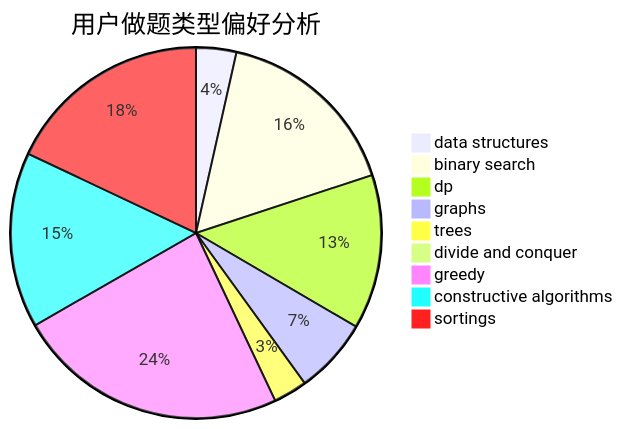
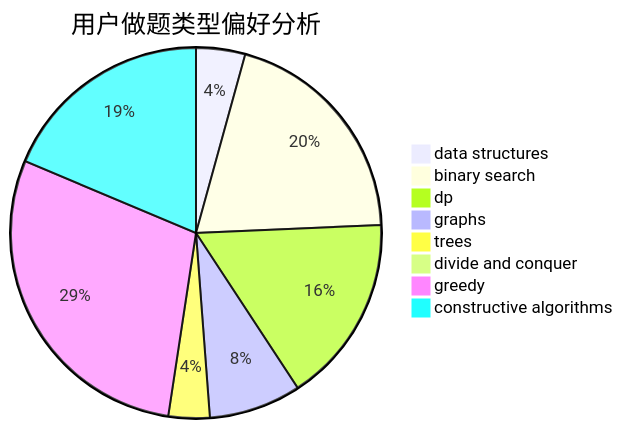
The second of 3 diagrams in docs/user/u1094.md (sherpahu/cfrs.github.io), drawn with Mermaid before and after one commit. The commit also changed other lines of this file and 2769 other files, not shown here.

````diff
--- a/docs/user/u1094.md
+++ b/docs/user/u1094.md
@@ -18,12 +18,11 @@
 ```mermaid
 pie title 用户做题类型偏好分析
     "data structures" :  25
     "binary search" :  117
     "dp" :  96
     "graphs" :  47
     "trees" :  21
     "divide and conquer" :  0
     "greedy" :  169
     "constructive algorithms" :  109
-    "sortings" :  128
 ```
````
